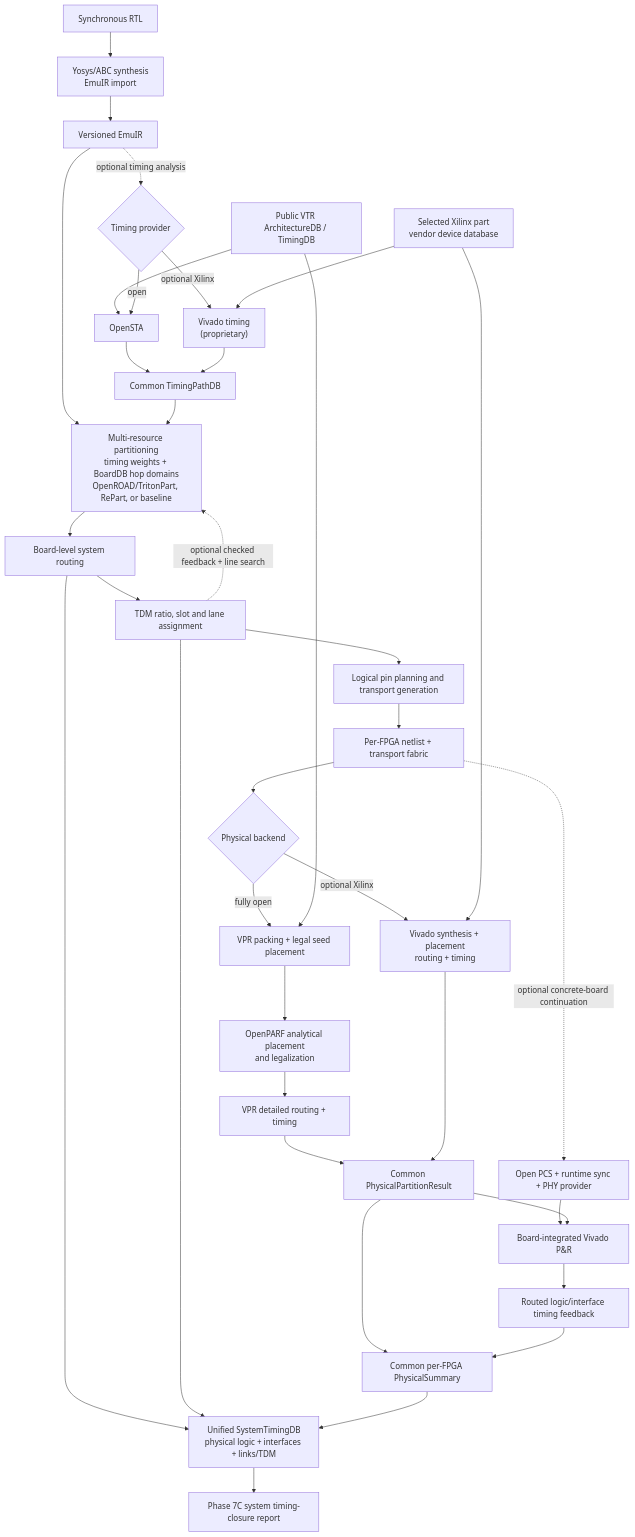
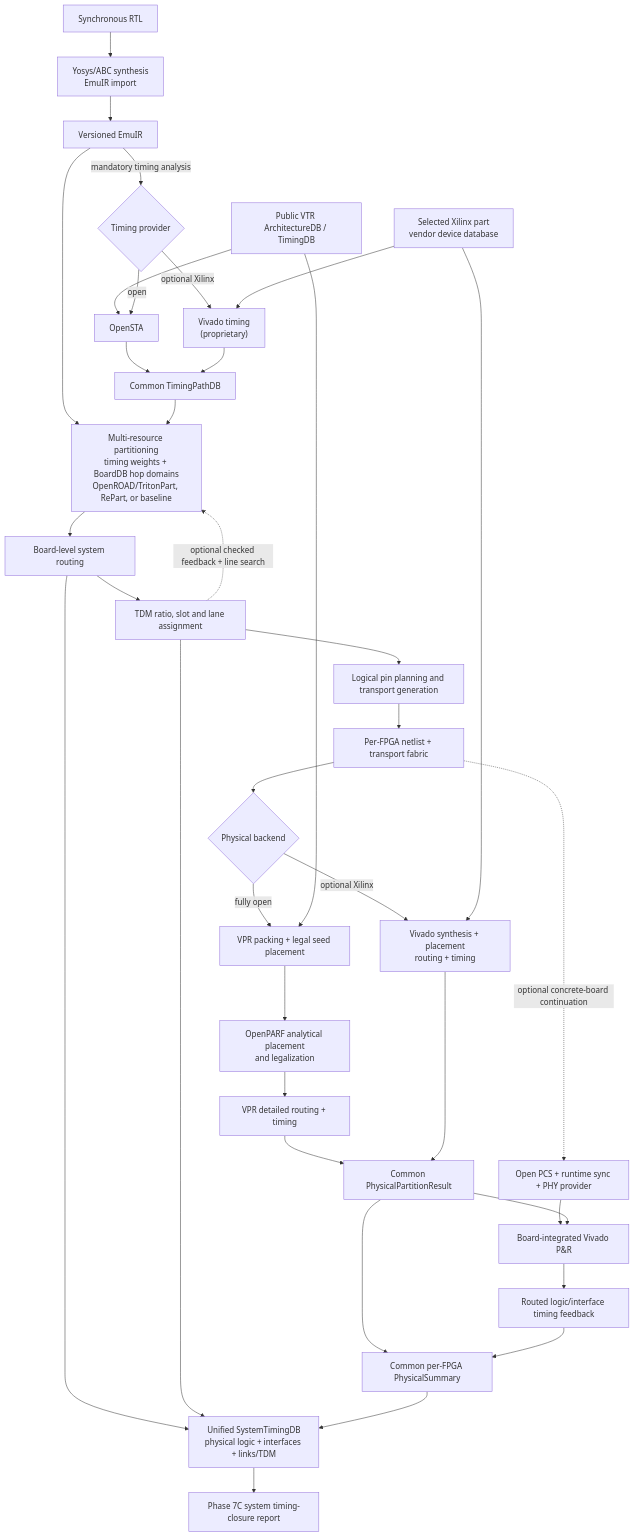
One commit to ZeayW/FGPA_emulation changed the diagram in README.md. Above: the diagram before and after it, drawn with Mermaid. The commit also changed other lines of this file and 13 other files, not shown here.

Commit message:
Make timing analysis mandatory in multi-FPGA flow

````diff
--- a/README.md
+++ b/README.md
@@ -154,45 +154,45 @@
 ```mermaid
 flowchart TD
     RTL["Synchronous RTL"] --> SYN["Yosys/ABC synthesis<br/>EmuIR import"]
 
     SYN --> IR["Versioned EmuIR"]
     IR --> PART["Multi-resource partitioning<br/>timing weights + BoardDB hop domains<br/>OpenROAD/TritonPart, RePart, or baseline"]
 
-    IR -. optional timing analysis .-> TP{"Timing provider"}
+    IR -->|"mandatory timing analysis"| TP{"Timing provider"}
     PUBARCH["Public VTR ArchitectureDB / TimingDB"] --> OSTA["OpenSTA"]
     TP -->|open| OSTA
     TP -->|optional Xilinx| VTIM["Vivado timing<br/>(proprietary)"]
     OSTA --> TDB["Common TimingPathDB"]
     VTIM --> TDB
     TDB --> PART
 
     PART --> SROUTE["Board-level system routing"]
     SROUTE --> TDM["TDM ratio, slot and lane assignment"]
     TDM -. "optional checked feedback + line search" .-> PART
     TDM --> PIN["Logical pin planning and transport generation"]
     PIN --> SPLIT["Per-FPGA netlist + transport fabric"]
 
     SPLIT --> PB{"Physical backend"}
 
     PB -->|fully open| VPACK["VPR packing + legal seed placement"]
     PUBARCH --> VPACK
     VPACK --> OP["OpenPARF analytical placement<br/>and legalization"]
     OP --> VROUTE["VPR detailed routing + timing"]
 
     PB -->|optional Xilinx| XV["Vivado synthesis + placement<br/>routing + timing"]
     XDB["Selected Xilinx part<br/>vendor device database"] --> VTIM
     XDB --> XV
 
     VROUTE --> PPR["Common PhysicalPartitionResult"]
     XV --> PPR
     PPR --> PS["Common per-FPGA PhysicalSummary"]
     SPLIT -. optional concrete-board continuation .-> BSP["Open PCS + runtime sync + PHY provider"]
     BSP --> BPR["Board-integrated Vivado P&R"]
     PPR --> BPR
     BPR --> BTF["Routed logic/interface timing feedback"]
     BTF --> PS
     SROUTE --> ST["Unified SystemTimingDB<br/>physical logic + interfaces + links/TDM"]
     TDM --> ST
     PS --> ST
     ST --> P7C["Phase 7C system timing-closure report"]
 ```
````
